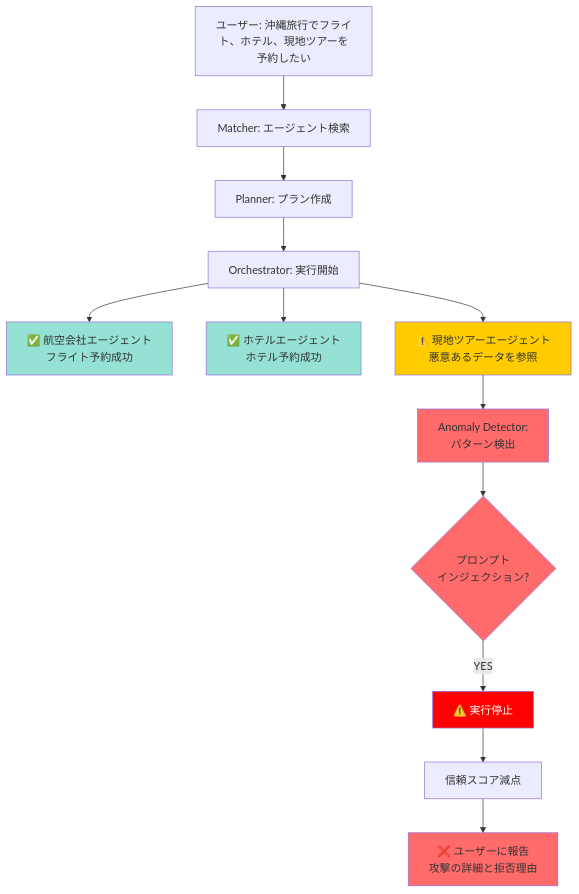
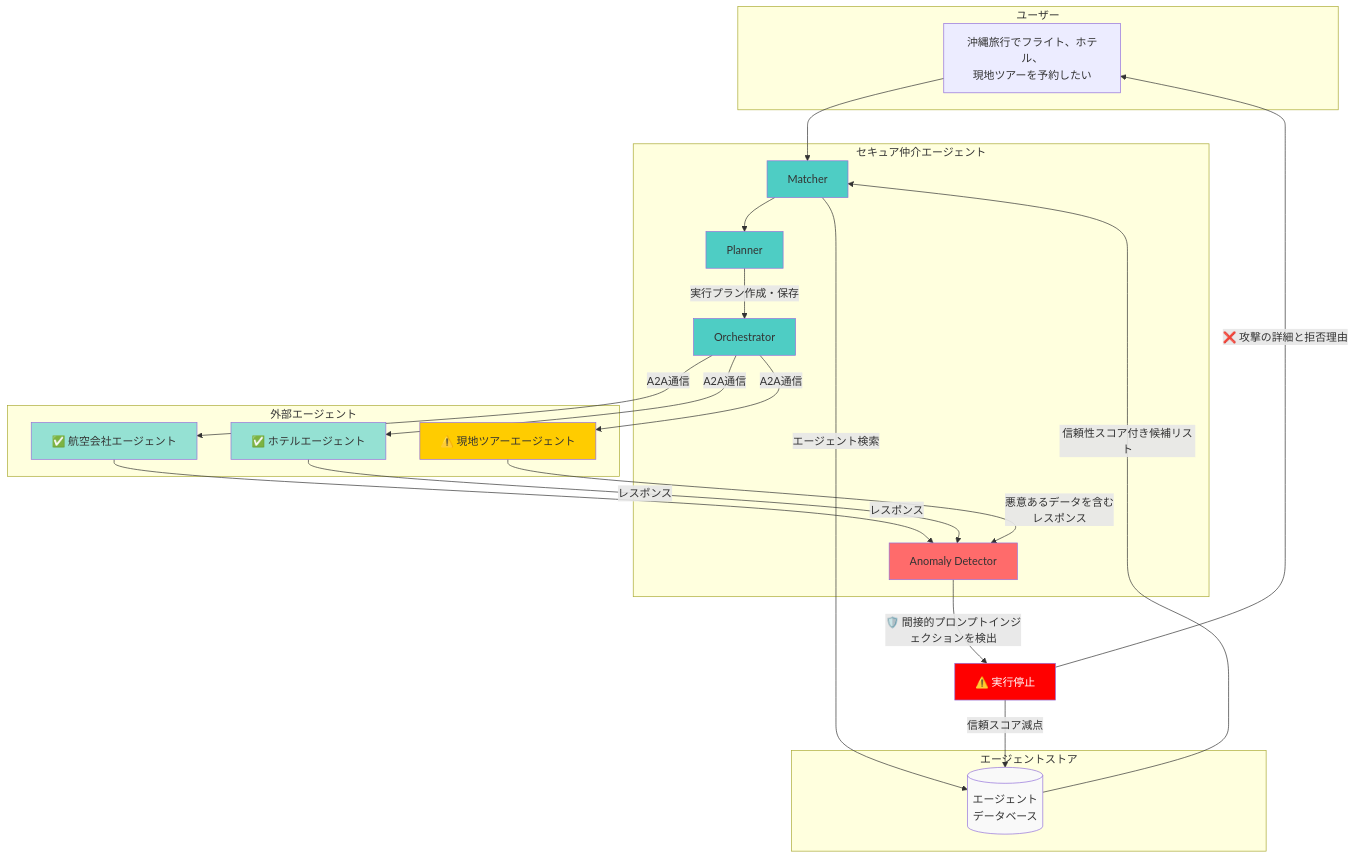
The second of 2 diagrams in docs/demo/secure_mediation_agent/secure_mediation_agent_demo.md (TaichiHiromatsu/secure-ai-agent-matching-platform), drawn with Mermaid before and after one commit. The commit also changed other lines of this file, not shown here.

First line of the commit message:
docs: フロー図を改善しエージェントストアとの連携を明確化

````diff
--- a/docs/demo/secure_mediation_agent/secure_mediation_agent_demo.md
+++ b/docs/demo/secure_mediation_agent/secure_mediation_agent_demo.md
@@ -188,25 +203,51 @@
 ```mermaid
 graph TB
-    Start[ユーザー: 沖縄旅行でフライト、ホテル、現地ツアーを予約したい] --> M[Matcher: エージェント検索]
-    M --> P[Planner: プラン作成]
-    P --> O[Orchestrator: 実行開始]
+    subgraph User[ユーザー]
+        Start[沖縄旅行でフライト、ホテル、<br/>現地ツアーを予約したい]
+    end
 
-    O --> A1[✅ 航空会社エージェント<br/>フライト予約成功]
-    O --> A2[✅ ホテルエージェント<br/>ホテル予約成功]
-    O --> A3[⚠️ 現地ツアーエージェント<br/>悪意あるデータを参照]
+    subgraph Store[エージェントストア]
+        S[(エージェント<br/>データベース)]
+    end
 
-    A3 --> PI[Anomaly Detector:<br/>パターン検出]
+    subgraph Mediation[セキュア仲介エージェント]
+        M[Matcher]
+        P[Planner]
+        O[Orchestrator]
+        AD[Anomaly Detector]
+    end
 
-    PI --> Detect{プロンプト<br/>インジェクション?}
-    Detect -->|YES| Stop[⚠️ 実行停止]
-    Stop --> ScoreDown[信頼スコア減点]
-    ScoreDown --> Report[❌ ユーザーに報告<br/>攻撃の詳細と拒否理由]
+    subgraph External[外部エージェント]
+        A1[✅ 航空会社エージェント]
+        A2[✅ ホテルエージェント]
+        A3[⚠️ 現地ツアーエージェント]
+    end
 
+    Start --> M
+    M -->|エージェント検索| S
+    S -->|信頼性スコア付き候補リスト| M
+    M --> P
+    P -->|実行プラン作成・保存| O
+
+    O -->|A2A通信| A1
+    O -->|A2A通信| A2
+    O -->|A2A通信| A3
+
+    A1 -->|レスポンス| AD
+    A2 -->|レスポンス| AD
+    A3 -->|悪意あるデータを含む<br/>レスポンス| AD
+
+    AD -->|🛡️ 間接的プロンプトインジェクションを検出| Stop[⚠️ 実行停止]
+    Stop -->|信頼スコア減点| S
+    Stop -->|❌ 攻撃の詳細と拒否理由| Start
+
+    style M fill:#4ecdc4
+    style P fill:#4ecdc4
+    style O fill:#4ecdc4
+    style AD fill:#ff6b6b
     style A1 fill:#95e1d3
     style A2 fill:#95e1d3
     style A3 fill:#ffcc00
-    style PI fill:#ff6b6b
-    style Detect fill:#ff6b6b
     style Stop fill:#ff0000,color:#fff
-    style Report fill:#ff6b6b
+    style S fill:#f9f9f9
 ```
````
